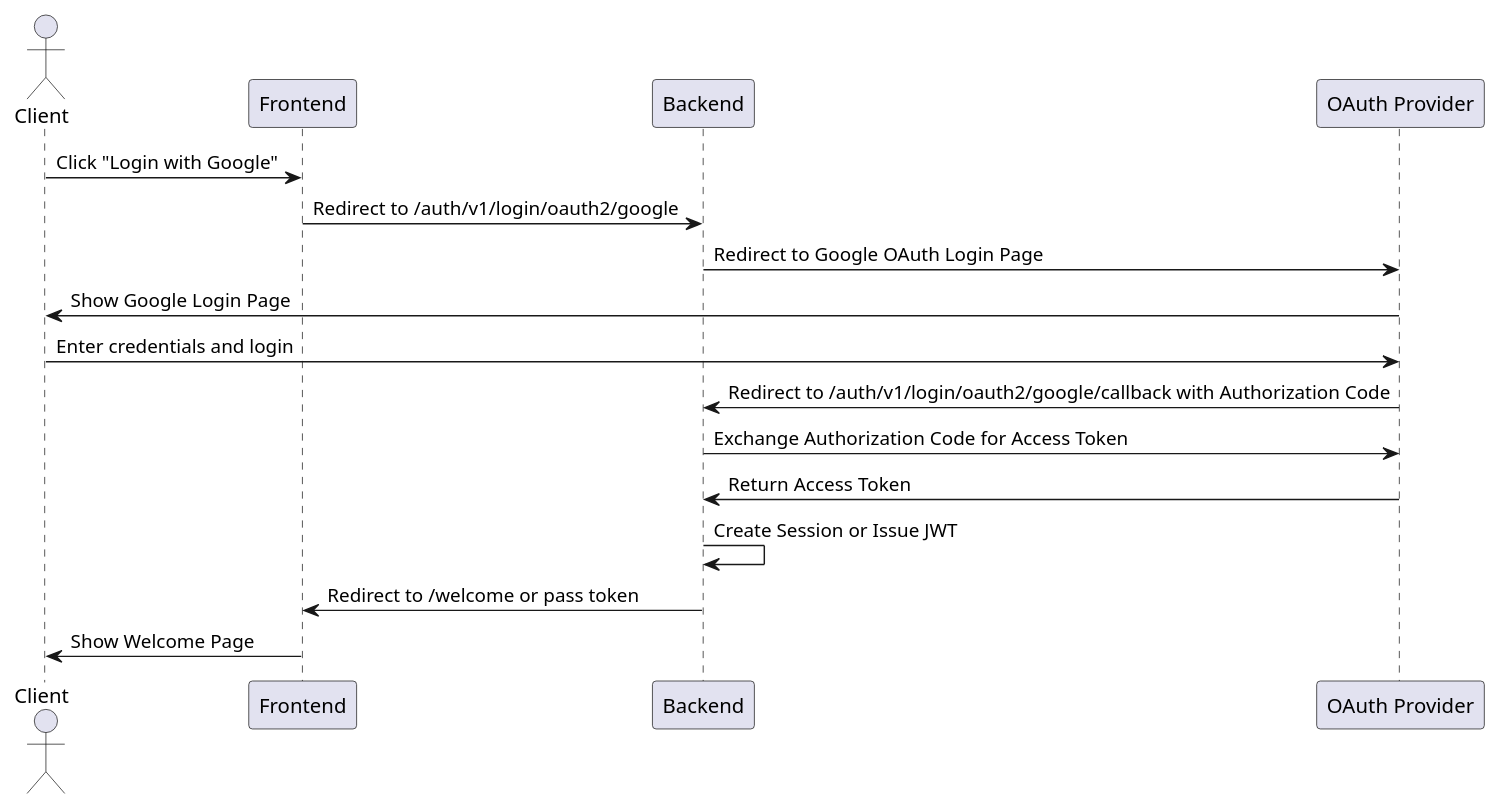
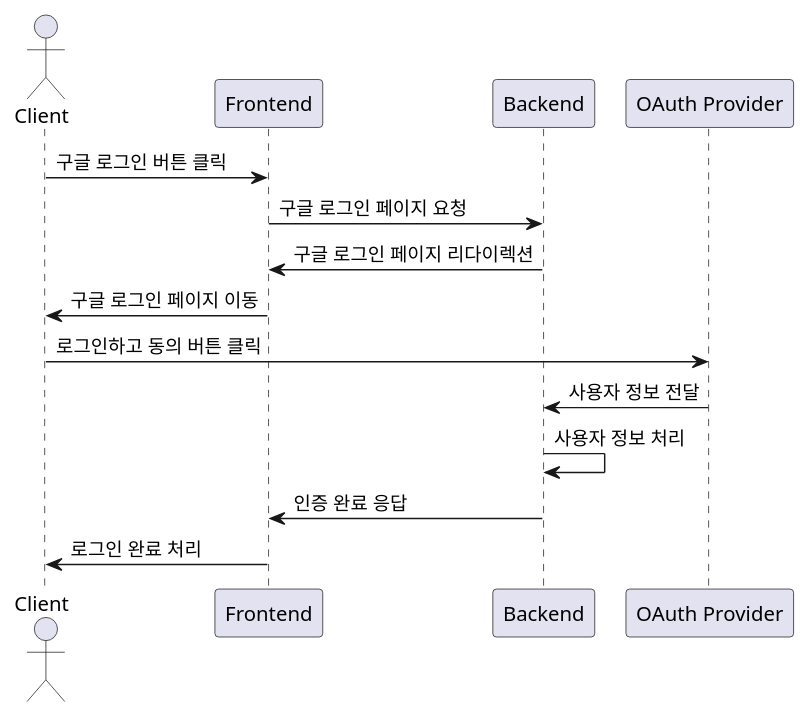
Before and after one commit to Yush1nk1m/MAT4331-backend: the diagram in docs/UML/oauth2-sequence-diagram.puml, drawn with PlantUML. The commit also changed 3 other files, not shown here.

```diff
--- a/docs/UML/oauth2-sequence-diagram.puml
+++ b/docs/UML/oauth2-sequence-diagram.puml
@@ -1,20 +1,17 @@
 @startuml OAuth2
 actor Client
 participant Frontend
 participant Backend
 participant "OAuth Provider" as OAuth
 
-Client -> Frontend: Click "Login with Google"
-Frontend -> Backend: Redirect to /auth/v1/login/oauth2/google
-Backend -> OAuth: Redirect to Google OAuth Login Page
-OAuth -> Client: Show Google Login Page
+Client -> Frontend: 구글 로그인 버튼 클릭
+Frontend -> Backend: 구글 로그인 페이지 요청
+Backend -> Frontend: 구글 로그인 페이지 리다이렉션
+Frontend -> Client: 구글 로그인 페이지 이동
+Client -> OAuth: 로그인하고 동의 버튼 클릭
+OAuth -> Backend: 사용자 정보 전달
+Backend -> Backend: 사용자 정보 처리
+Backend -> Frontend: 인증 완료 응답
+Frontend -> Client: 로그인 완료 처리
 
-Client -> OAuth: Enter credentials and login
-OAuth -> Backend: Redirect to /auth/v1/login/oauth2/google/callback with Authorization Code
-Backend -> OAuth: Exchange Authorization Code for Access Token
-OAuth -> Backend: Return Access Token
-
-Backend -> Backend: Create Session or Issue JWT
-Backend -> Frontend: Redirect to /welcome or pass token
-Frontend -> Client: Show Welcome Page
 @enduml
```
